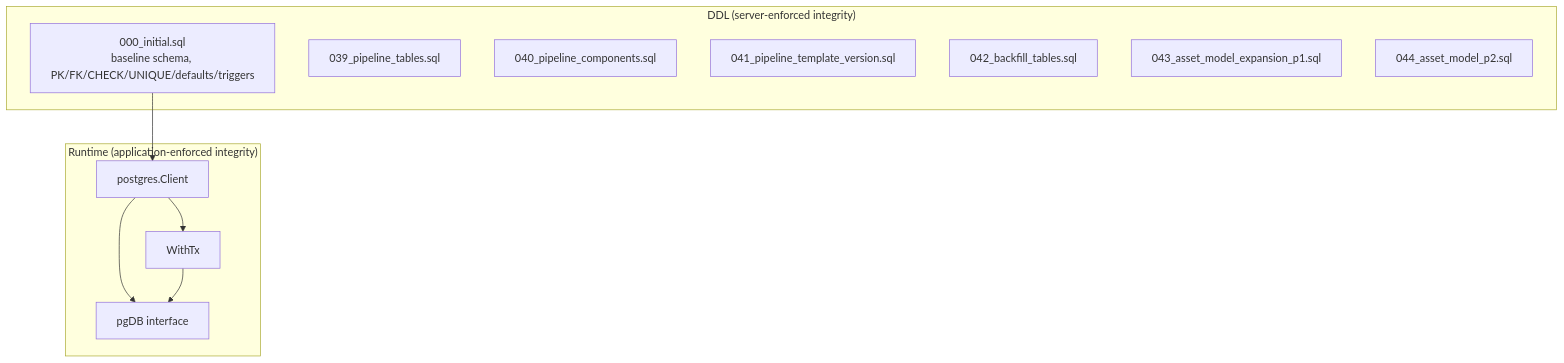
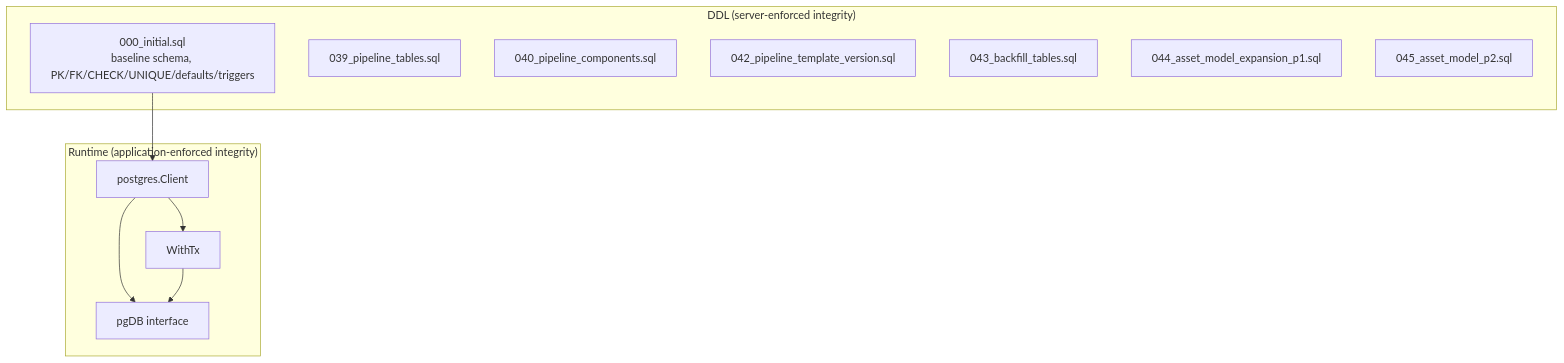
The first of 6 diagrams in docs/repo-wiki/data-model/integrity-and-constraints.md (rouse2617/Databricks4robot), drawn with Mermaid before and after one commit. The commit also changed other lines of this file and 29 other files, not shown here.

````diff
--- a/docs/repo-wiki/data-model/integrity-and-constraints.md
+++ b/docs/repo-wiki/data-model/integrity-and-constraints.md
@@ -67,21 +67,21 @@
 ```mermaid
 graph TB
   subgraph "DDL (server-enforced integrity)"
     M000["000_initial.sql<br/>baseline schema, PK/FK/CHECK/UNIQUE/defaults/triggers"]
     M039["039_pipeline_tables.sql"]
     M040["040_pipeline_components.sql"]
-    M041["041_pipeline_template_version.sql"]
-    M042["042_backfill_tables.sql"]
-    M043["043_asset_model_expansion_p1.sql"]
-    M044["044_asset_model_p2.sql"]
+    M041["042_pipeline_template_version.sql"]
+    M042["043_backfill_tables.sql"]
+    M043["044_asset_model_expansion_p1.sql"]
+    M044["045_asset_model_p2.sql"]
   end
   subgraph "Runtime (application-enforced integrity)"
     CLIENT["postgres.Client"]
     PGDB["pgDB interface"]
     WITHTX["WithTx"]
   end
   M000 --> CLIENT
   CLIENT --> PGDB
   CLIENT --> WITHTX
   WITHTX --> PGDB
 ```
````
